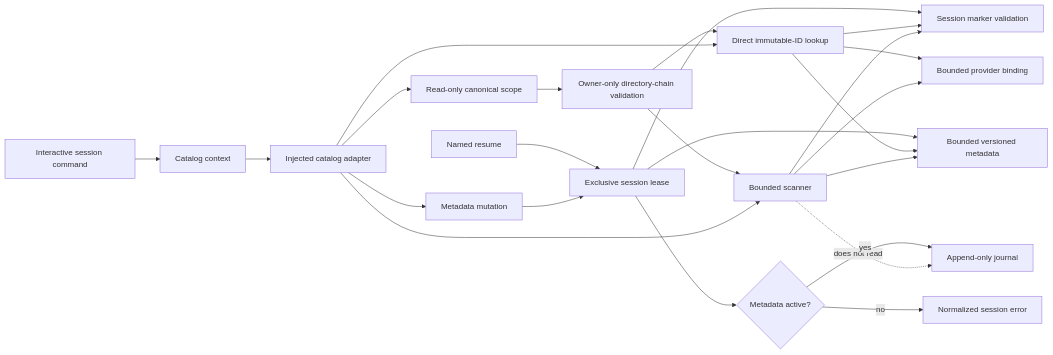
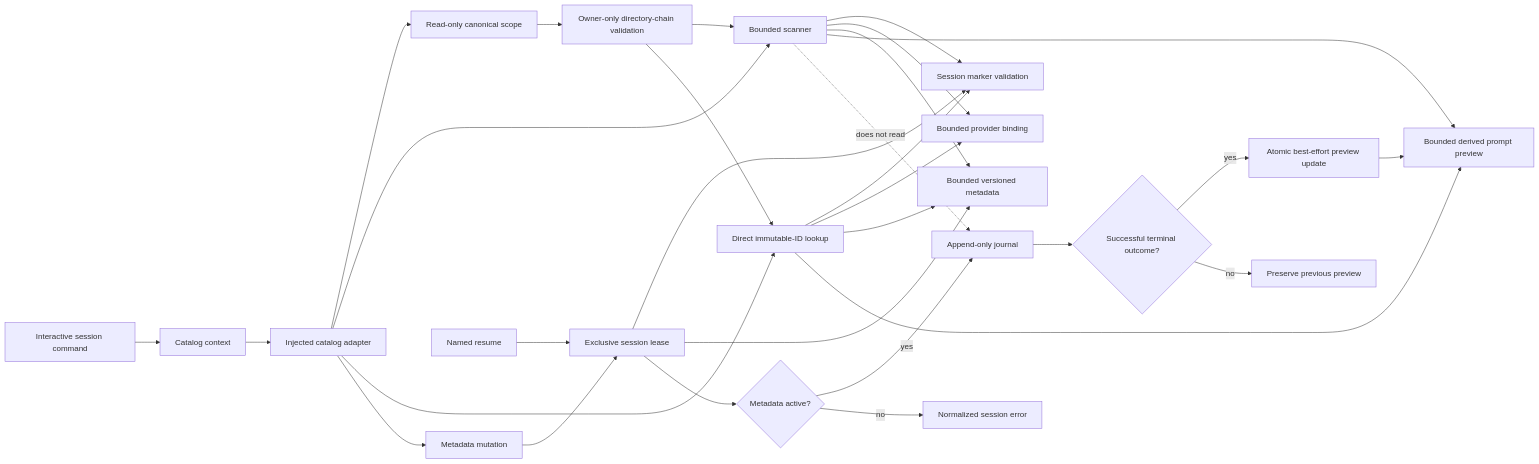
The third of 11 diagrams in docs/architecture.md (ccarvalho-eng/draught), drawn with Mermaid before and after one commit. The commit also changed other lines of this file and 21 other files, not shown here.

````diff
--- a/docs/architecture.md
+++ b/docs/architecture.md
@@ -152,28 +152,34 @@
 ```mermaid
 flowchart LR
   Command[Interactive session command] --> Catalog[Catalog context]
   Catalog --> Adapter[Injected catalog adapter]
   Adapter --> Scope[Read-only canonical scope]
   Adapter --> Scanner[Bounded scanner]
   Adapter --> Direct[Direct immutable-ID lookup]
   Adapter --> Mutation[Metadata mutation]
 
   Scope --> Directory[Owner-only directory-chain validation]
   Directory --> Scanner
   Directory --> Direct
   Scanner --> Marker[Session marker validation]
   Scanner --> Binding[Bounded provider binding]
   Scanner --> Metadata[Bounded versioned metadata]
+  Scanner --> Preview[Bounded derived prompt preview]
   Scanner -. does not read .-> Journal[Append-only journal]
   Direct --> Marker
   Direct --> Binding
   Direct --> Metadata
+  Direct --> Preview
 
   Mutation --> Lease[Exclusive session lease]
   Lease --> Marker
   Lease --> Metadata
   Resume[Named resume] --> Lease
   Lease --> Active{Metadata active?}
   Active -->|yes| Journal
   Active -->|no| Rejected[Normalized session error]
+  Journal --> Terminal{Successful terminal outcome?}
+  Terminal -->|yes| PreviewWrite[Atomic best-effort preview update]
+  PreviewWrite --> Preview
+  Terminal -->|no| Preserve[Preserve previous preview]
 ```
````
